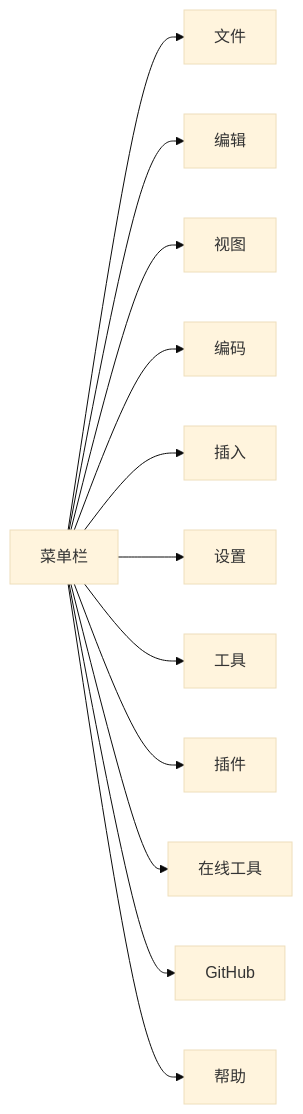
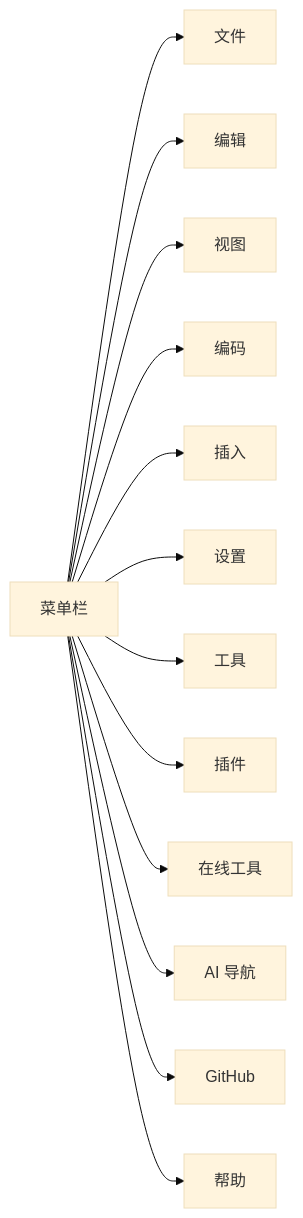
Before and after one commit to hemy08/BaiZeNotesByVue: the first of 15 diagrams in docs/wiki/02-设计与架构/设计文档.md, drawn with Mermaid (base theme). The commit also changed other lines of this file and 49 other files, not shown here.

````diff
--- a/docs/wiki/02-设计与架构/设计文档.md
+++ b/docs/wiki/02-设计与架构/设计文档.md
@@ -107,14 +107,15 @@
 ```mermaid
 graph LR
     A[菜单栏] --> B[文件]
     A --> C[编辑]
     A --> D[视图]
     A --> E[编码]
     A --> F[插入]
     A --> G[设置]
     A --> H[工具]
     A --> I[插件]
     A --> J[在线工具]
+    A --> M[AI 导航]
     A --> K[GitHub]
     A --> L[帮助]
 ```
````
